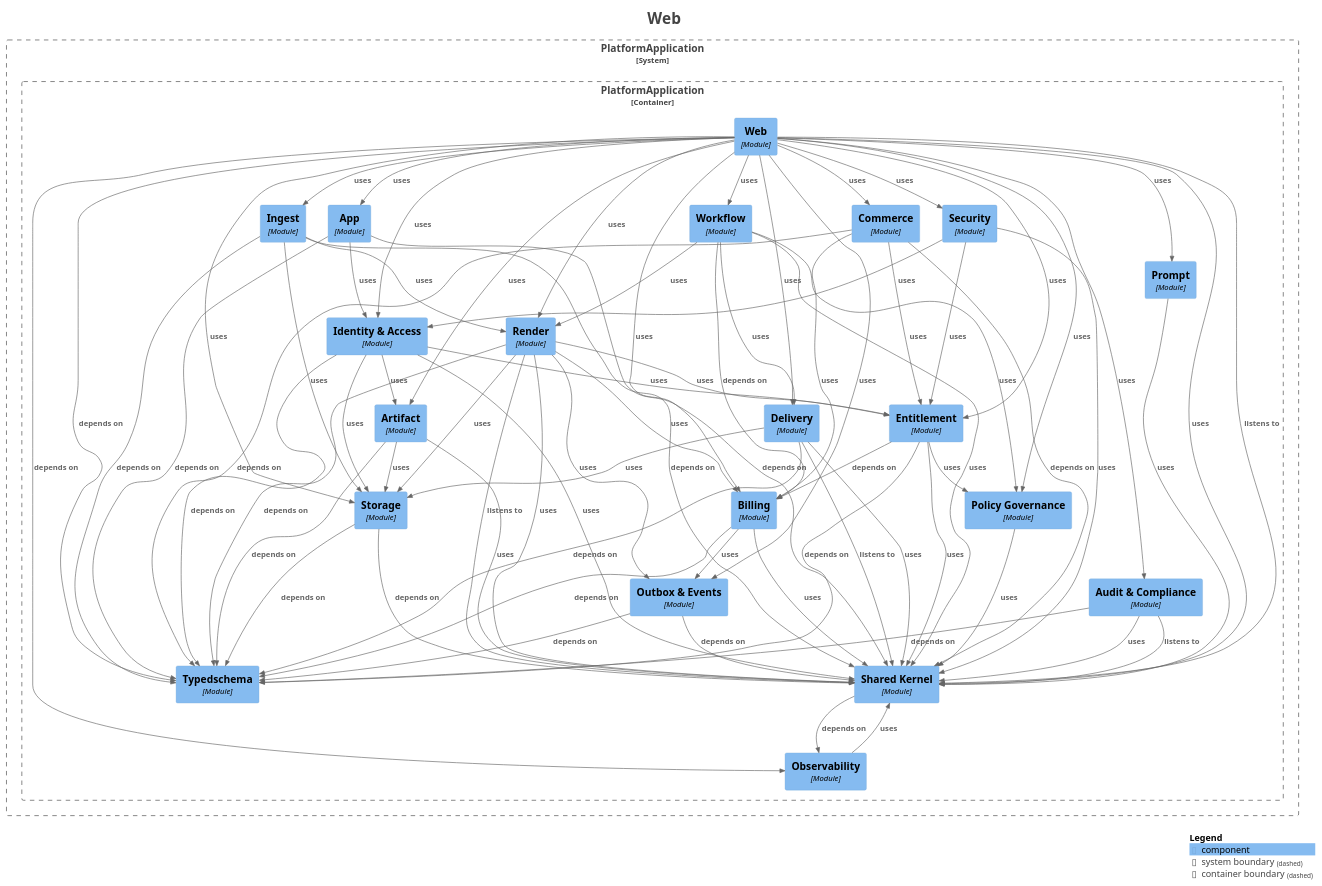
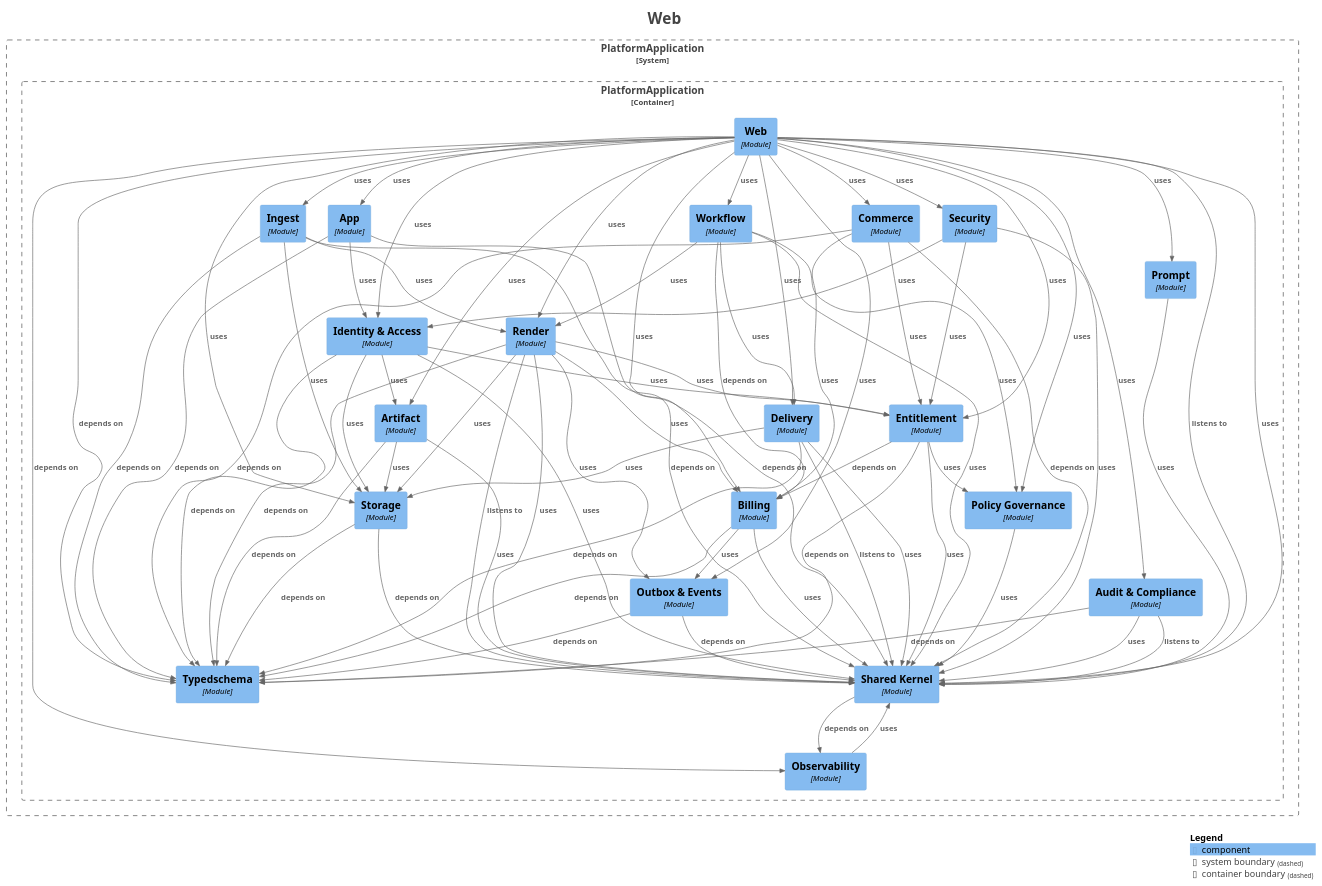
One commit to shangxq007/media-platform changed the diagram in platform-app/docs/architecture/maps/generated/modulith/module-web.puml. Above: the diagram before and after it, drawn with PlantUML. The commit also changed other lines of this file and 46 other files, not shown here.

First line of the commit message:
AUDIO_V2: canonical Audio Mix authority + Timeline revision integration (A1-A16)

```diff
--- a/platform-app/docs/architecture/maps/generated/modulith/module-web.puml
+++ b/platform-app/docs/architecture/maps/generated/modulith/module-web.puml
@@ -41,6 +41,34 @@
 
 }
 
+Rel(PlatformApplication.PlatformApplication.App, PlatformApplication.PlatformApplication.Typedschema, "depends on", $techn="", $tags="", $link="")
+Rel(PlatformApplication.PlatformApplication.App, PlatformApplication.PlatformApplication.IdentityAccess, "uses", $techn="", $tags="", $link="")
+Rel(PlatformApplication.PlatformApplication.Workflow, PlatformApplication.PlatformApplication.Billing, "depends on", $techn="", $tags="", $link="")
+Rel(PlatformApplication.PlatformApplication.Workflow, PlatformApplication.PlatformApplication.Render, "uses", $techn="", $tags="", $link="")
+Rel(PlatformApplication.PlatformApplication.Workflow, PlatformApplication.PlatformApplication.SharedKernel, "uses", $techn="", $tags="", $link="")
+Rel(PlatformApplication.PlatformApplication.Workflow, PlatformApplication.PlatformApplication.PolicyGovernance, "uses", $techn="", $tags="", $link="")
+Rel(PlatformApplication.PlatformApplication.Workflow, PlatformApplication.PlatformApplication.Delivery, "uses", $techn="", $tags="", $link="")
+Rel(PlatformApplication.PlatformApplication.Entitlement, PlatformApplication.PlatformApplication.Billing, "depends on", $techn="", $tags="", $link="")
+Rel(PlatformApplication.PlatformApplication.Entitlement, PlatformApplication.PlatformApplication.Typedschema, "depends on", $techn="", $tags="", $link="")
+Rel(PlatformApplication.PlatformApplication.Entitlement, PlatformApplication.PlatformApplication.PolicyGovernance, "uses", $techn="", $tags="", $link="")
+Rel(PlatformApplication.PlatformApplication.Entitlement, PlatformApplication.PlatformApplication.SharedKernel, "uses", $techn="", $tags="", $link="")
+Rel(PlatformApplication.PlatformApplication.Artifact, PlatformApplication.PlatformApplication.Typedschema, "depends on", $techn="", $tags="", $link="")
+Rel(PlatformApplication.PlatformApplication.Artifact, PlatformApplication.PlatformApplication.SharedKernel, "uses", $techn="", $tags="", $link="")
+Rel(PlatformApplication.PlatformApplication.Artifact, PlatformApplication.PlatformApplication.Storage, "uses", $techn="", $tags="", $link="")
+Rel(PlatformApplication.PlatformApplication.Commerce, PlatformApplication.PlatformApplication.SharedKernel, "depends on", $techn="", $tags="", $link="")
+Rel(PlatformApplication.PlatformApplication.Commerce, PlatformApplication.PlatformApplication.Typedschema, "depends on", $techn="", $tags="", $link="")
+Rel(PlatformApplication.PlatformApplication.Commerce, PlatformApplication.PlatformApplication.Billing, "uses", $techn="", $tags="", $link="")
+Rel(PlatformApplication.PlatformApplication.Commerce, PlatformApplication.PlatformApplication.Entitlement, "uses", $techn="", $tags="", $link="")
+Rel(PlatformApplication.PlatformApplication.Delivery, PlatformApplication.PlatformApplication.SharedKernel, "listens to", $techn="", $tags="", $link="")
+Rel(PlatformApplication.PlatformApplication.Delivery, PlatformApplication.PlatformApplication.Typedschema, "depends on", $techn="", $tags="", $link="")
+Rel(PlatformApplication.PlatformApplication.Delivery, PlatformApplication.PlatformApplication.SharedKernel, "uses", $techn="", $tags="", $link="")
+Rel(PlatformApplication.PlatformApplication.Delivery, PlatformApplication.PlatformApplication.Storage, "uses", $techn="", $tags="", $link="")
+Rel(PlatformApplication.PlatformApplication.PolicyGovernance, PlatformApplication.PlatformApplication.SharedKernel, "uses", $techn="", $tags="", $link="")
+Rel(PlatformApplication.PlatformApplication.Web, PlatformApplication.PlatformApplication.SharedKernel, "listens to", $techn="", $tags="", $link="")
+Rel(PlatformApplication.PlatformApplication.Web, PlatformApplication.PlatformApplication.Observability, "depends on", $techn="", $tags="", $link="")
+Rel(PlatformApplication.PlatformApplication.Web, PlatformApplication.PlatformApplication.Typedschema, "depends on", $techn="", $tags="", $link="")
+Rel(PlatformApplication.PlatformApplication.Web, PlatformApplication.PlatformApplication.Ingest, "uses", $techn="", $tags="", $link="")
+Rel(PlatformApplication.PlatformApplication.Web, PlatformApplication.PlatformApplication.Storage, "uses", $techn="", $tags="", $link="")
 Rel(PlatformApplication.PlatformApplication.Web, PlatformApplication.PlatformApplication.SharedKernel, "uses", $techn="", $tags="", $link="")
 Rel(PlatformApplication.PlatformApplication.Web, PlatformApplication.PlatformApplication.Billing, "uses", $techn="", $tags="", $link="")
 Rel(PlatformApplication.PlatformApplication.Web, PlatformApplication.PlatformApplication.Entitlement, "uses", $techn="", $tags="", $link="")
@@ -56,33 +84,15 @@
 Rel(PlatformApplication.PlatformApplication.Web, PlatformApplication.PlatformApplication.Delivery, "uses", $techn="", $tags="", $link="")
 Rel(PlatformApplication.PlatformApplication.Web, PlatformApplication.PlatformApplication.Prompt, "uses", $techn="", $tags="", $link="")
 Rel(PlatformApplication.PlatformApplication.Web, PlatformApplication.PlatformApplication.OutboxEvents, "uses", $techn="", $tags="", $link="")
-Rel(PlatformApplication.PlatformApplication.Observability, PlatformApplication.PlatformApplication.SharedKernel, "uses", $techn="", $tags="", $link="")
-Rel(PlatformApplication.PlatformApplication.Workflow, PlatformApplication.PlatformApplication.Billing, "depends on", $techn="", $tags="", $link="")
-Rel(PlatformApplication.PlatformApplication.Workflow, PlatformApplication.PlatformApplication.Render, "uses", $techn="", $tags="", $link="")
-Rel(PlatformApplication.PlatformApplication.Workflow, PlatformApplication.PlatformApplication.SharedKernel, "uses", $techn="", $tags="", $link="")
-Rel(PlatformApplication.PlatformApplication.Workflow, PlatformApplication.PlatformApplication.PolicyGovernance, "uses", $techn="", $tags="", $link="")
-Rel(PlatformApplication.PlatformApplication.Workflow, PlatformApplication.PlatformApplication.Delivery, "uses", $techn="", $tags="", $link="")
 Rel(PlatformApplication.PlatformApplication.SharedKernel, PlatformApplication.PlatformApplication.Observability, "depends on", $techn="", $tags="", $link="")
-Rel(PlatformApplication.PlatformApplication.Artifact, PlatformApplication.PlatformApplication.Typedschema, "depends on", $techn="", $tags="", $link="")
-Rel(PlatformApplication.PlatformApplication.Artifact, PlatformApplication.PlatformApplication.SharedKernel, "uses", $techn="", $tags="", $link="")
-Rel(PlatformApplication.PlatformApplication.Artifact, PlatformApplication.PlatformApplication.Storage, "uses", $techn="", $tags="", $link="")
+Rel(PlatformApplication.PlatformApplication.AuditCompliance, PlatformApplication.PlatformApplication.SharedKernel, "listens to", $techn="", $tags="", $link="")
+Rel(PlatformApplication.PlatformApplication.AuditCompliance, PlatformApplication.PlatformApplication.Typedschema, "depends on", $techn="", $tags="", $link="")
+Rel(PlatformApplication.PlatformApplication.AuditCompliance, PlatformApplication.PlatformApplication.SharedKernel, "uses", $techn="", $tags="", $link="")
 Rel(PlatformApplication.PlatformApplication.Billing, PlatformApplication.PlatformApplication.Typedschema, "depends on", $techn="", $tags="", $link="")
 Rel(PlatformApplication.PlatformApplication.Billing, PlatformApplication.PlatformApplication.SharedKernel, "uses", $techn="", $tags="", $link="")
 Rel(PlatformApplication.PlatformApplication.Billing, PlatformApplication.PlatformApplication.OutboxEvents, "uses", $techn="", $tags="", $link="")
-Rel(PlatformApplication.PlatformApplication.App, PlatformApplication.PlatformApplication.SharedKernel, "depends on", $techn="", $tags="", $link="")
-Rel(PlatformApplication.PlatformApplication.App, PlatformApplication.PlatformApplication.Typedschema, "depends on", $techn="", $tags="", $link="")
-Rel(PlatformApplication.PlatformApplication.App, PlatformApplication.PlatformApplication.IdentityAccess, "uses", $techn="", $tags="", $link="")
-Rel(PlatformApplication.PlatformApplication.Entitlement, PlatformApplication.PlatformApplication.Billing, "depends on", $techn="", $tags="", $link="")
-Rel(PlatformApplication.PlatformApplication.Entitlement, PlatformApplication.PlatformApplication.Typedschema, "depends on", $techn="", $tags="", $link="")
-Rel(PlatformApplication.PlatformApplication.Entitlement, PlatformApplication.PlatformApplication.PolicyGovernance, "uses", $techn="", $tags="", $link="")
-Rel(PlatformApplication.PlatformApplication.Entitlement, PlatformApplication.PlatformApplication.SharedKernel, "uses", $techn="", $tags="", $link="")
-Rel(PlatformApplication.PlatformApplication.Prompt, PlatformApplication.PlatformApplication.SharedKernel, "uses", $techn="", $tags="", $link="")
-Rel(PlatformApplication.PlatformApplication.IdentityAccess, PlatformApplication.PlatformApplication.Typedschema, "depends on", $techn="", $tags="", $link="")
-Rel(PlatformApplication.PlatformApplication.IdentityAccess, PlatformApplication.PlatformApplication.SharedKernel, "uses", $techn="", $tags="", $link="")
-Rel(PlatformApplication.PlatformApplication.IdentityAccess, PlatformApplication.PlatformApplication.Entitlement, "uses", $techn="", $tags="", $link="")
-Rel(PlatformApplication.PlatformApplication.IdentityAccess, PlatformApplication.PlatformApplication.Artifact, "uses", $techn="", $tags="", $link="")
-Rel(PlatformApplication.PlatformApplication.IdentityAccess, PlatformApplication.PlatformApplication.Storage, "uses", $techn="", $tags="", $link="")
-Rel(PlatformApplication.PlatformApplication.PolicyGovernance, PlatformApplication.PlatformApplication.SharedKernel, "uses", $techn="", $tags="", $link="")
+Rel(PlatformApplication.PlatformApplication.Storage, PlatformApplication.PlatformApplication.Typedschema, "depends on", $techn="", $tags="", $link="")
+Rel(PlatformApplication.PlatformApplication.Storage, PlatformApplication.PlatformApplication.SharedKernel, "depends on", $techn="", $tags="", $link="")
 Rel(PlatformApplication.PlatformApplication.Render, PlatformApplication.PlatformApplication.SharedKernel, "listens to", $techn="", $tags="", $link="")
 Rel(PlatformApplication.PlatformApplication.Render, PlatformApplication.PlatformApplication.Typedschema, "depends on", $techn="", $tags="", $link="")
 Rel(PlatformApplication.PlatformApplication.Render, PlatformApplication.PlatformApplication.Storage, "uses", $techn="", $tags="", $link="")
@@ -90,33 +100,23 @@
 Rel(PlatformApplication.PlatformApplication.Render, PlatformApplication.PlatformApplication.Billing, "uses", $techn="", $tags="", $link="")
 Rel(PlatformApplication.PlatformApplication.Render, PlatformApplication.PlatformApplication.OutboxEvents, "uses", $techn="", $tags="", $link="")
 Rel(PlatformApplication.PlatformApplication.Render, PlatformApplication.PlatformApplication.SharedKernel, "uses", $techn="", $tags="", $link="")
-Rel(PlatformApplication.PlatformApplication.Storage, PlatformApplication.PlatformApplication.Typedschema, "depends on", $techn="", $tags="", $link="")
-Rel(PlatformApplication.PlatformApplication.Storage, PlatformApplication.PlatformApplication.SharedKernel, "depends on", $techn="", $tags="", $link="")
 Rel(PlatformApplication.PlatformApplication.Ingest, PlatformApplication.PlatformApplication.SharedKernel, "depends on", $techn="", $tags="", $link="")
 Rel(PlatformApplication.PlatformApplication.Ingest, PlatformApplication.PlatformApplication.Typedschema, "depends on", $techn="", $tags="", $link="")
 Rel(PlatformApplication.PlatformApplication.Ingest, PlatformApplication.PlatformApplication.Storage, "uses", $techn="", $tags="", $link="")
 Rel(PlatformApplication.PlatformApplication.Ingest, PlatformApplication.PlatformApplication.Render, "uses", $techn="", $tags="", $link="")
-Rel(PlatformApplication.PlatformApplication.Commerce, PlatformApplication.PlatformApplication.SharedKernel, "depends on", $techn="", $tags="", $link="")
-Rel(PlatformApplication.PlatformApplication.Commerce, PlatformApplication.PlatformApplication.Typedschema, "depends on", $techn="", $tags="", $link="")
-Rel(PlatformApplication.PlatformApplication.Commerce, PlatformApplication.PlatformApplication.Billing, "uses", $techn="", $tags="", $link="")
-Rel(PlatformApplication.PlatformApplication.Commerce, PlatformApplication.PlatformApplication.Entitlement, "uses", $techn="", $tags="", $link="")
-Rel(PlatformApplication.PlatformApplication.AuditCompliance, PlatformApplication.PlatformApplication.SharedKernel, "listens to", $techn="", $tags="", $link="")
-Rel(PlatformApplication.PlatformApplication.AuditCompliance, PlatformApplication.PlatformApplication.Typedschema, "depends on", $techn="", $tags="", $link="")
-Rel(PlatformApplication.PlatformApplication.AuditCompliance, PlatformApplication.PlatformApplication.SharedKernel, "uses", $techn="", $tags="", $link="")
+Rel(PlatformApplication.PlatformApplication.Prompt, PlatformApplication.PlatformApplication.SharedKernel, "uses", $techn="", $tags="", $link="")
 Rel(PlatformApplication.PlatformApplication.Security, PlatformApplication.PlatformApplication.SharedKernel, "uses", $techn="", $tags="", $link="")
 Rel(PlatformApplication.PlatformApplication.Security, PlatformApplication.PlatformApplication.IdentityAccess, "uses", $techn="", $tags="", $link="")
 Rel(PlatformApplication.PlatformApplication.Security, PlatformApplication.PlatformApplication.Entitlement, "uses", $techn="", $tags="", $link="")
 Rel(PlatformApplication.PlatformApplication.OutboxEvents, PlatformApplication.PlatformApplication.SharedKernel, "depends on", $techn="", $tags="", $link="")
 Rel(PlatformApplication.PlatformApplication.OutboxEvents, PlatformApplication.PlatformApplication.Typedschema, "depends on", $techn="", $tags="", $link="")
-Rel(PlatformApplication.PlatformApplication.Delivery, PlatformApplication.PlatformApplication.SharedKernel, "listens to", $techn="", $tags="", $link="")
-Rel(PlatformApplication.PlatformApplication.Delivery, PlatformApplication.PlatformApplication.Typedschema, "depends on", $techn="", $tags="", $link="")
-Rel(PlatformApplication.PlatformApplication.Delivery, PlatformApplication.PlatformApplication.SharedKernel, "uses", $techn="", $tags="", $link="")
-Rel(PlatformApplication.PlatformApplication.Delivery, PlatformApplication.PlatformApplication.Storage, "uses", $techn="", $tags="", $link="")
-Rel(PlatformApplication.PlatformApplication.Web, PlatformApplication.PlatformApplication.SharedKernel, "listens to", $techn="", $tags="", $link="")
-Rel(PlatformApplication.PlatformApplication.Web, PlatformApplication.PlatformApplication.Observability, "depends on", $techn="", $tags="", $link="")
-Rel(PlatformApplication.PlatformApplication.Web, PlatformApplication.PlatformApplication.Typedschema, "depends on", $techn="", $tags="", $link="")
-Rel(PlatformApplication.PlatformApplication.Web, PlatformApplication.PlatformApplication.Ingest, "uses", $techn="", $tags="", $link="")
-Rel(PlatformApplication.PlatformApplication.Web, PlatformApplication.PlatformApplication.Storage, "uses", $techn="", $tags="", $link="")
+Rel(PlatformApplication.PlatformApplication.Observability, PlatformApplication.PlatformApplication.SharedKernel, "uses", $techn="", $tags="", $link="")
+Rel(PlatformApplication.PlatformApplication.IdentityAccess, PlatformApplication.PlatformApplication.Typedschema, "depends on", $techn="", $tags="", $link="")
+Rel(PlatformApplication.PlatformApplication.IdentityAccess, PlatformApplication.PlatformApplication.SharedKernel, "uses", $techn="", $tags="", $link="")
+Rel(PlatformApplication.PlatformApplication.IdentityAccess, PlatformApplication.PlatformApplication.Entitlement, "uses", $techn="", $tags="", $link="")
+Rel(PlatformApplication.PlatformApplication.IdentityAccess, PlatformApplication.PlatformApplication.Artifact, "uses", $techn="", $tags="", $link="")
+Rel(PlatformApplication.PlatformApplication.IdentityAccess, PlatformApplication.PlatformApplication.Storage, "uses", $techn="", $tags="", $link="")
+Rel(PlatformApplication.PlatformApplication.App, PlatformApplication.PlatformApplication.SharedKernel, "depends on", $techn="", $tags="", $link="")
 
 SHOW_LEGEND(true)
 hide stereotypes
```
